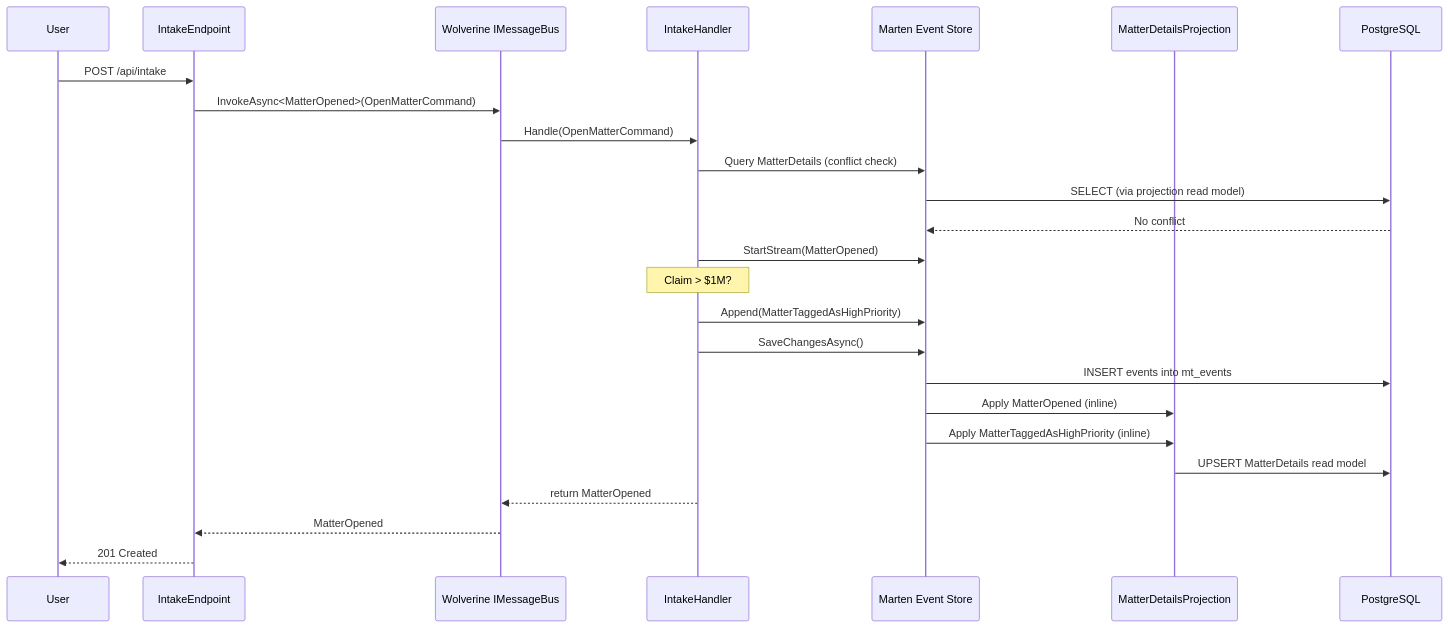
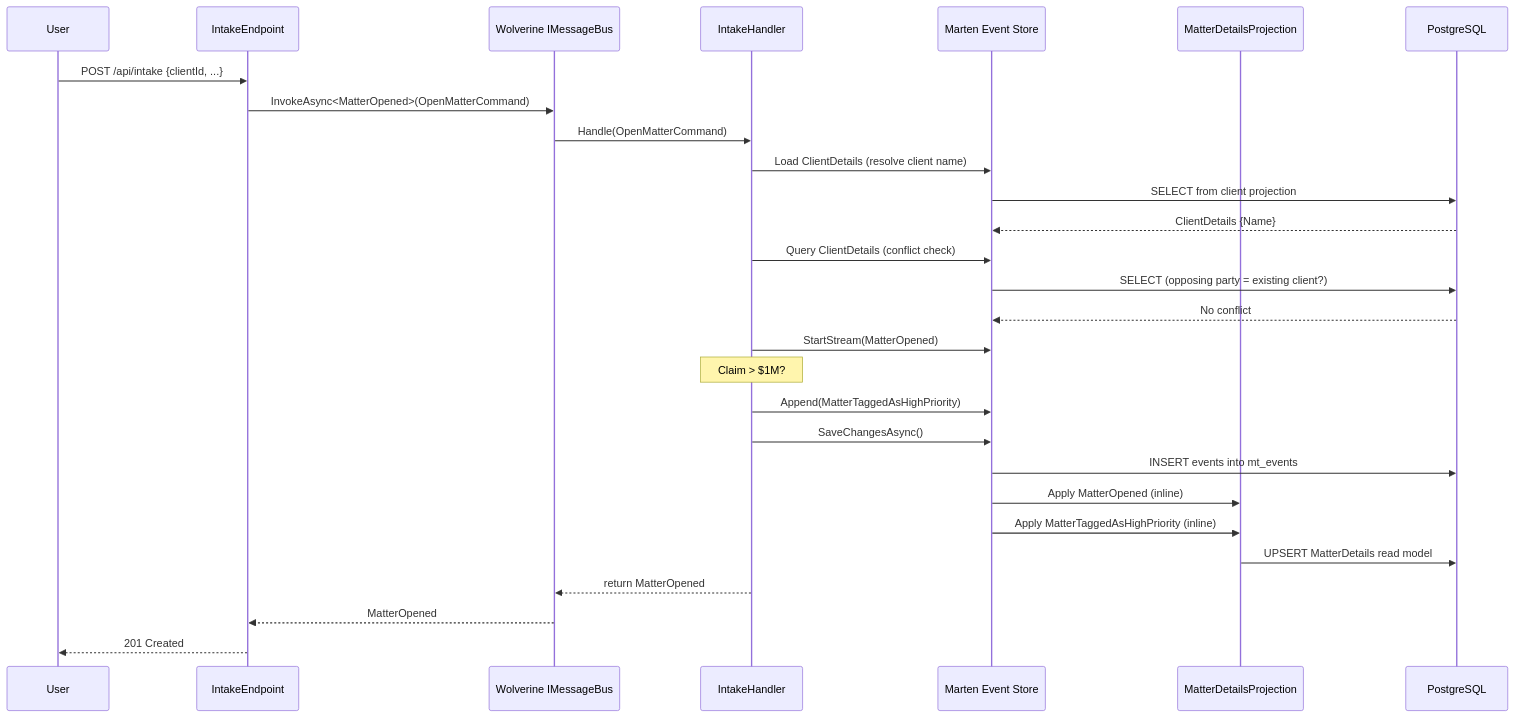
Before and after one commit to cloudreyes/CritterLawManagement: the second of 8 diagrams in README.md, drawn with Mermaid. The commit also changed other lines of this file and 18 other files, not shown here.

First line of the commit message:
Add Client entity with management page and Intake dropdown

````diff
--- a/README.md
+++ b/README.md
@@ -77,28 +78,31 @@
 ```mermaid
 sequenceDiagram
     participant User
     participant Endpoint as IntakeEndpoint
     participant Bus as Wolverine IMessageBus
     participant Handler as IntakeHandler
     participant Marten as Marten Event Store
     participant Projection as MatterDetailsProjection
     participant DB as PostgreSQL
 
-    User->>Endpoint: POST /api/intake
+    User->>Endpoint: POST /api/intake {clientId, ...}
     Endpoint->>Bus: InvokeAsync<MatterOpened>(OpenMatterCommand)
     Bus->>Handler: Handle(OpenMatterCommand)
-    Handler->>Marten: Query MatterDetails (conflict check)
-    Marten->>DB: SELECT (via projection read model)
+    Handler->>Marten: Load ClientDetails (resolve client name)
+    Marten->>DB: SELECT from client projection
+    DB-->>Marten: ClientDetails {Name}
+    Handler->>Marten: Query ClientDetails (conflict check)
+    Marten->>DB: SELECT (opposing party = existing client?)
     DB-->>Marten: No conflict
     Handler->>Marten: StartStream(MatterOpened)
     Note over Handler: Claim > $1M?
     Handler->>Marten: Append(MatterTaggedAsHighPriority)
     Handler->>Marten: SaveChangesAsync()
     Marten->>DB: INSERT events into mt_events
     Marten->>Projection: Apply MatterOpened (inline)
     Marten->>Projection: Apply MatterTaggedAsHighPriority (inline)
     Projection->>DB: UPSERT MatterDetails read model
     Handler-->>Bus: return MatterOpened
     Bus-->>Endpoint: MatterOpened
     Endpoint-->>User: 201 Created
 ```
````
